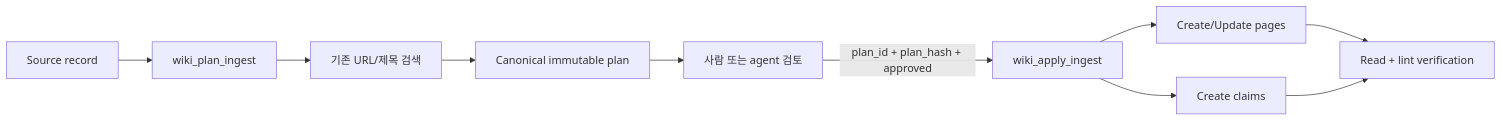
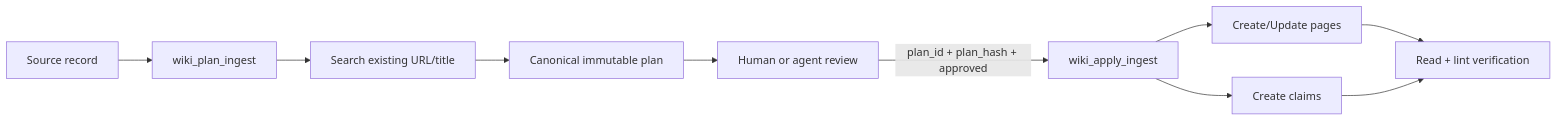
The third of 3 diagrams in docs/SYSTEM_DESIGN.md (rca32/llmwiki-webmcp), drawn with Mermaid before and after one commit. The commit also changed other lines of this file and 19 other files, not shown here.

````diff
--- a/docs/SYSTEM_DESIGN.md
+++ b/docs/SYSTEM_DESIGN.md
@@ -224,12 +224,12 @@
 ```mermaid
 flowchart LR
     S[Source record] --> P[wiki_plan_ingest]
-    P --> Search[기존 URL/제목 검색]
+    P --> Search[Search existing URL/title]
     Search --> Plan[Canonical immutable plan]
-    Plan --> Review[사람 또는 agent 검토]
+    Plan --> Review[Human or agent review]
     Review -->|plan_id + plan_hash + approved| Apply[wiki_apply_ingest]
     Apply --> Pages[Create/Update pages]
     Apply --> Claims[Create claims]
     Pages --> Verify[Read + lint verification]
     Claims --> Verify
 ```
````
